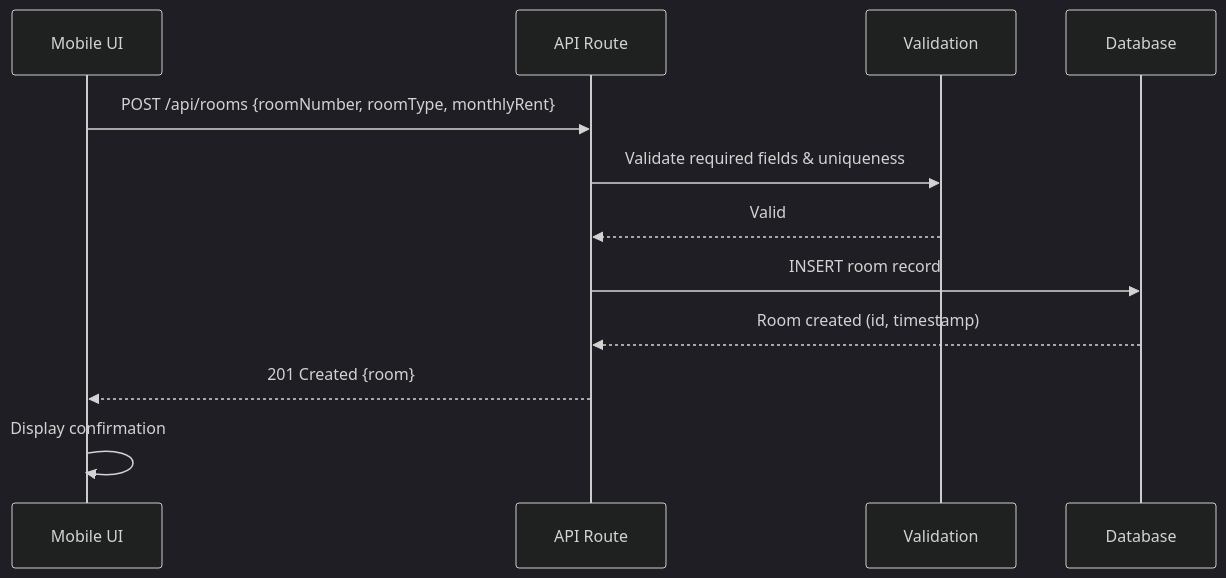
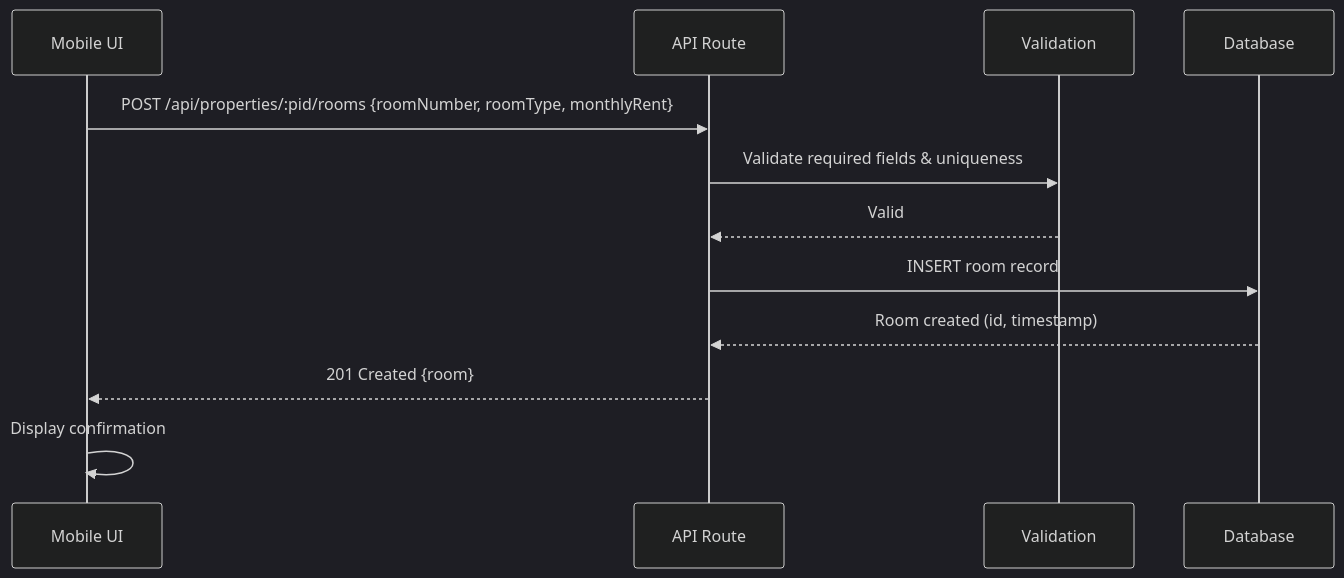
Before and after one commit to ahmadfadhil621/e-kost: the third of 5 diagrams in specs/room-inventory-management/design.md, drawn with Mermaid (dark theme). The commit also changed other lines of this file and 14 other files, not shown here.

````diff
--- a/specs/room-inventory-management/design.md
+++ b/specs/room-inventory-management/design.md
@@ -63,15 +63,15 @@
 ```mermaid
 sequenceDiagram
     participant UI as Mobile UI
     participant API as API Route
     participant Val as Validation
     participant DB as Database
     
-    UI->>API: POST /api/rooms {roomNumber, roomType, monthlyRent}
+    UI->>API: POST /api/properties/:pid/rooms {roomNumber, roomType, monthlyRent}
     API->>Val: Validate required fields & uniqueness
     Val-->>API: Valid
     API->>DB: INSERT room record
     DB-->>API: Room created (id, timestamp)
     API-->>UI: 201 Created {room}
     UI->>UI: Display confirmation
 ```
````
